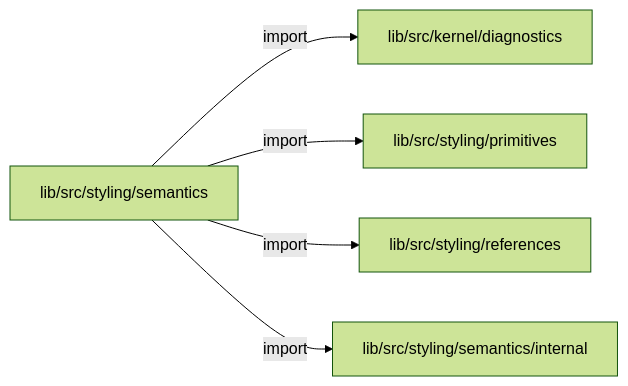
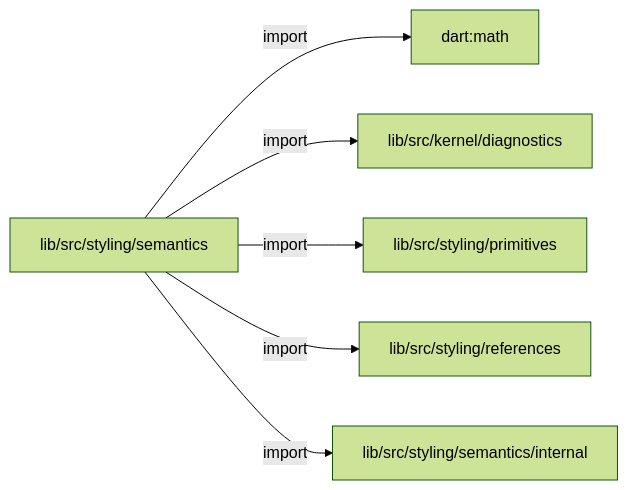
One commit to MiuDog/Kallopis changed the first of 2 diagrams in docs/architecture/src/styling/semantics/README.md. Above: the diagram before and after it, drawn with Mermaid (forest theme). The commit also changed other lines of this file and 9688 other files, not shown here.

Commit message:
Prepare isolated Flow F2 peer baseline

````diff
--- a/docs/architecture/src/styling/semantics/README.md
+++ b/docs/architecture/src/styling/semantics/README.md
@@ -13,12 +13,14 @@
 ```mermaid
 flowchart LR
 	n0["lib/src/styling/semantics"]
-	n1["lib/src/kernel/diagnostics"]
-	n2["lib/src/styling/primitives"]
-	n3["lib/src/styling/references"]
-	n4["lib/src/styling/semantics/internal"]
+	n1["dart:math"]
+	n2["lib/src/kernel/diagnostics"]
+	n3["lib/src/styling/primitives"]
+	n4["lib/src/styling/references"]
+	n5["lib/src/styling/semantics/internal"]
 	n0 -->|"import"| n1
 	n0 -->|"import"| n2
 	n0 -->|"import"| n3
 	n0 -->|"import"| n4
+	n0 -->|"import"| n5
 ```
````
